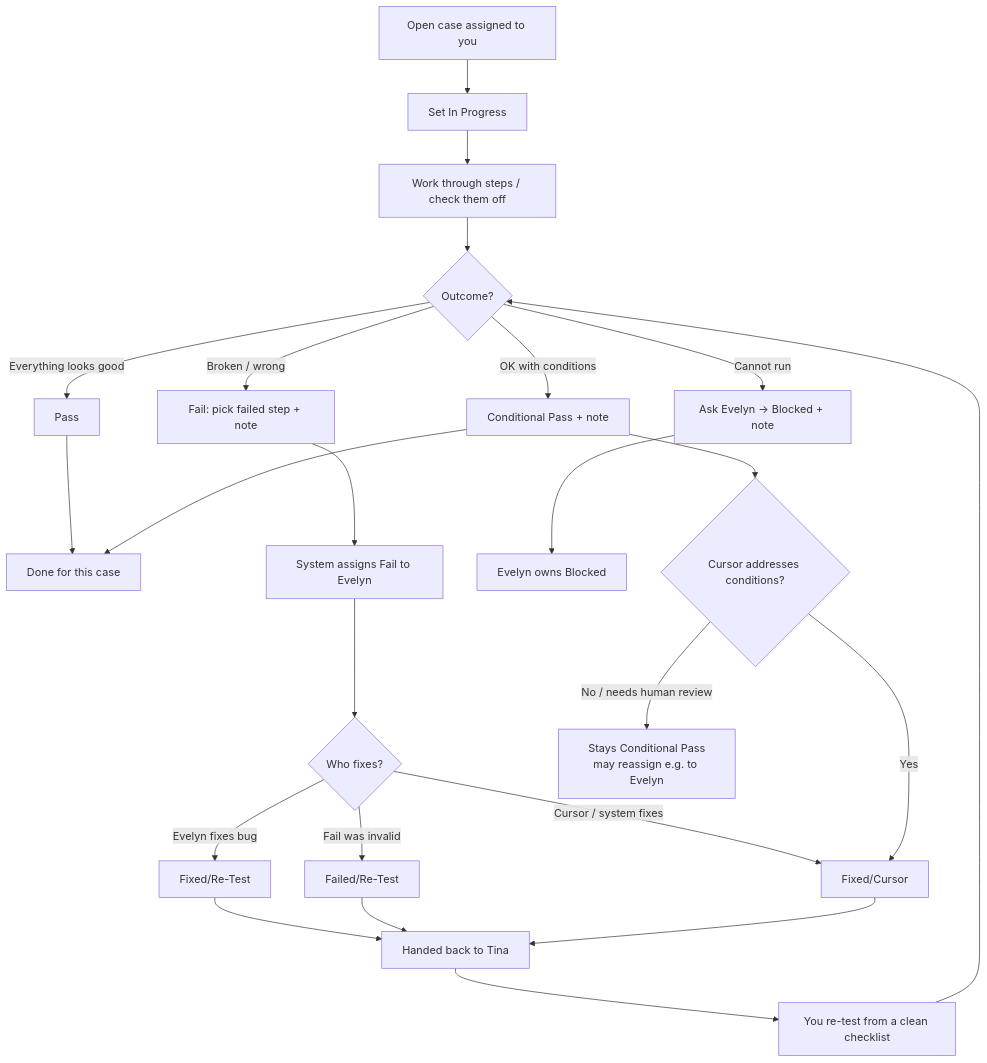
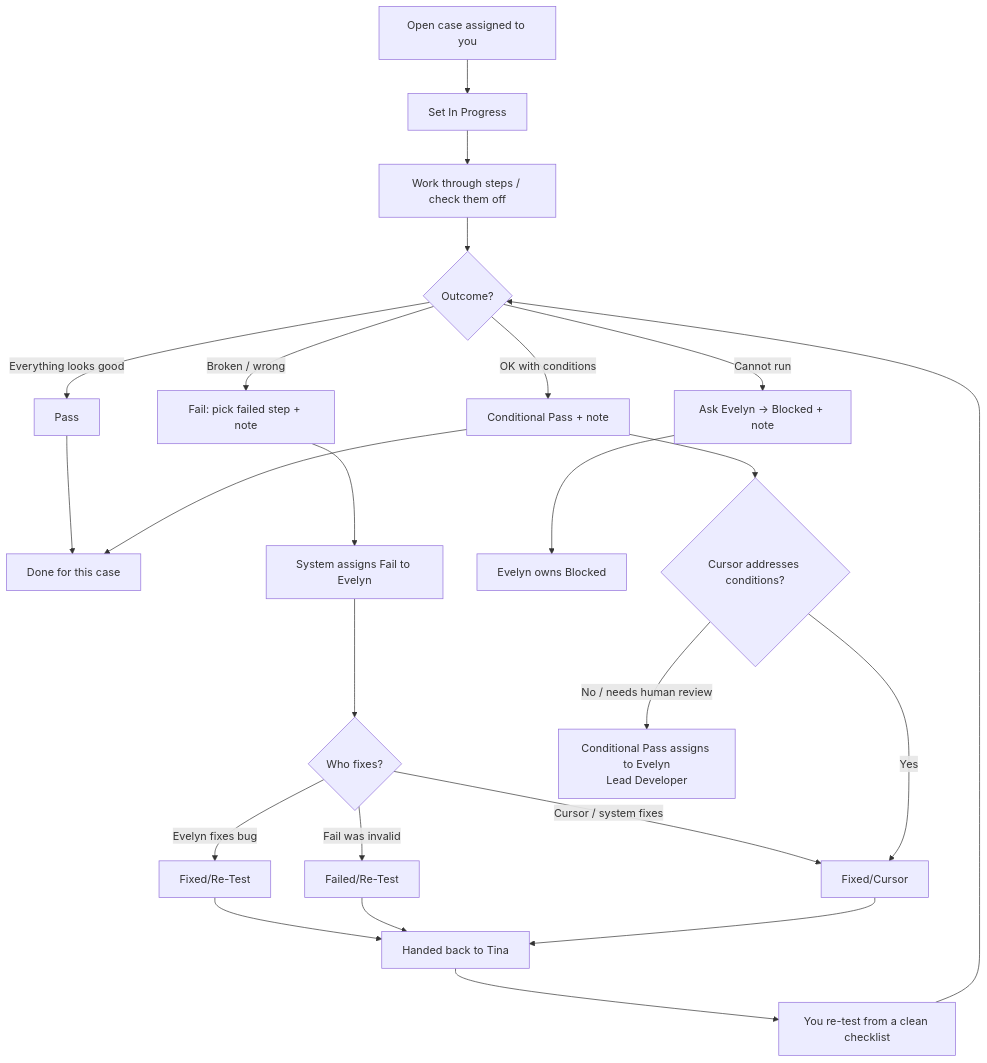
The first of 3 diagrams in side-hustle-hub/public/docs/QA-Tina-Testing-Process.md (CityGirlEv/GetYourSideHustle), drawn with Mermaid before and after one commit. The commit also changed 613 other files, not shown here.

````diff
--- a/side-hustle-hub/public/docs/QA-Tina-Testing-Process.md
+++ b/side-hustle-hub/public/docs/QA-Tina-Testing-Process.md
@@ -40,31 +40,31 @@
 ```mermaid
 flowchart TD
   A[Open case assigned to you] --> B[Set In Progress]
   B --> C[Work through steps / check them off]
   C --> D{Outcome?}
 
   D -->|Everything looks good| E[Pass]
   D -->|OK with conditions| F[Conditional Pass + note]
   D -->|Broken / wrong| G[Fail: pick failed step + note]
   D -->|Cannot run| H[Ask Evelyn → Blocked + note]
 
   E --> Z[Done for this case]
   F --> Z
   G --> I[System assigns Fail to Evelyn]
   H --> I2[Evelyn owns Blocked]
 
   I --> J{Who fixes?}
   J -->|Evelyn fixes bug| K[Fixed/Re-Test]
   J -->|Fail was invalid| L[Failed/Re-Test]
   J -->|Cursor / system fixes| M[Fixed/Cursor]
 
   F --> N{Cursor addresses conditions?}
   N -->|Yes| M
-  N -->|No / needs human review| O[Stays Conditional Pass<br/>may reassign e.g. to Evelyn]
+  N -->|No / needs human review| O[Conditional Pass assigns to Evelyn<br/>Lead Developer]
 
   K --> P[Handed back to Tina]
   L --> P
   M --> P
   P --> Q[You re-test from a clean checklist]
   Q --> D
 ```
````
